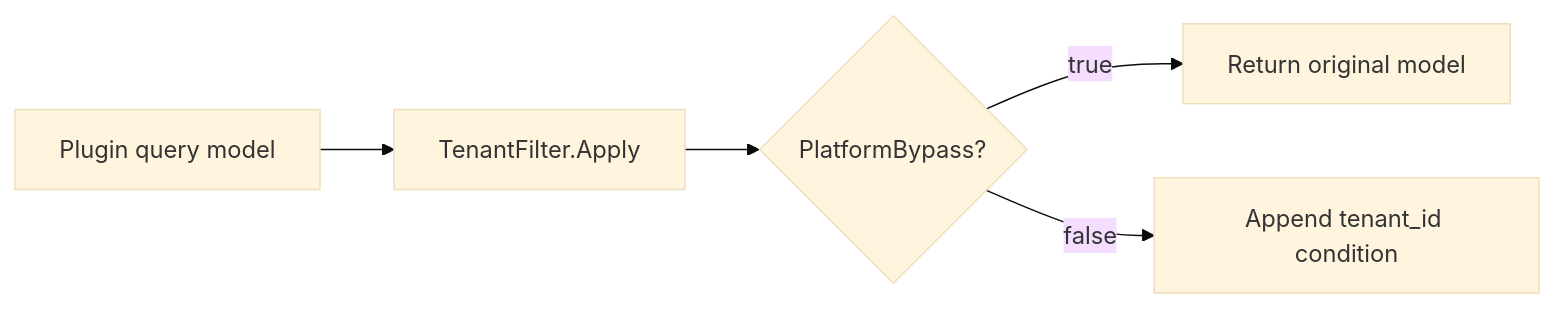
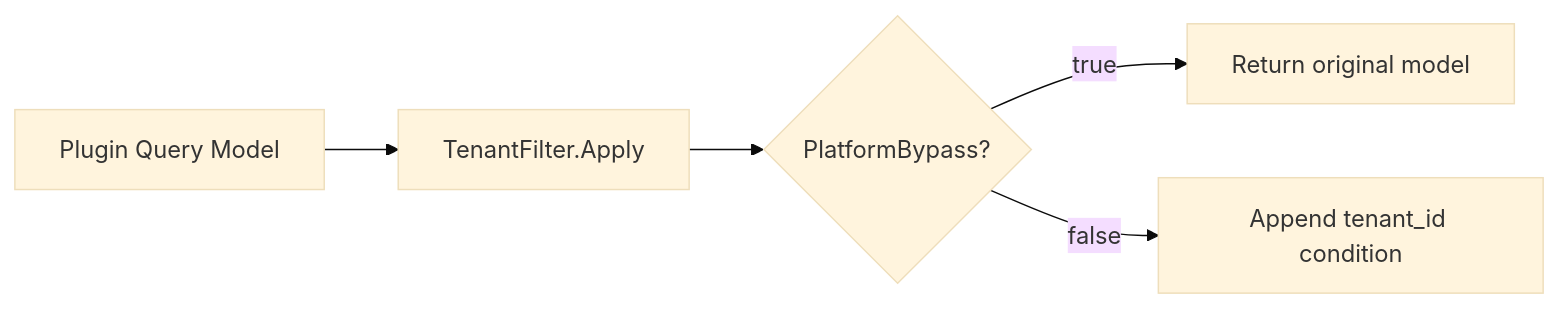
Before and after one commit to linaproai/linapro-site: the second of 2 diagrams in apps/lina-site/i18n/en/docusaurus-plugin-content-docs/current/docs/3000-domain-capabilities/8700-tenant.md, drawn with Mermaid (base theme). The commit also changed other lines of this file and 56 other files, not shown here.

Commit message:
Refactor documentation for tenant and user capabilities; enhance clarity and consistency in descriptions, method names, and usage examples. Update overview and architecture sections for improved readability and coherence. Adjust demo instructions and project positioning for better user guidance.

````diff
--- a/apps/lina-site/i18n/en/docusaurus-plugin-content-docs/current/docs/3000-domain-capabilities/8700-tenant.md
+++ b/apps/lina-site/i18n/en/docusaurus-plugin-content-docs/current/docs/3000-domain-capabilities/8700-tenant.md
@@ -68,7 +68,7 @@
 ```mermaid
 graph LR
-    Model["Plugin query model"] --> Apply["TenantFilter.Apply"]
+    Model["Plugin Query Model"] --> Apply["TenantFilter.Apply"]
     Apply --> Bypass{"PlatformBypass?"}
     Bypass -->|"true"| Same["Return original model"]
     Bypass -->|"false"| Filtered["Append tenant_id condition"]
 ```
````
